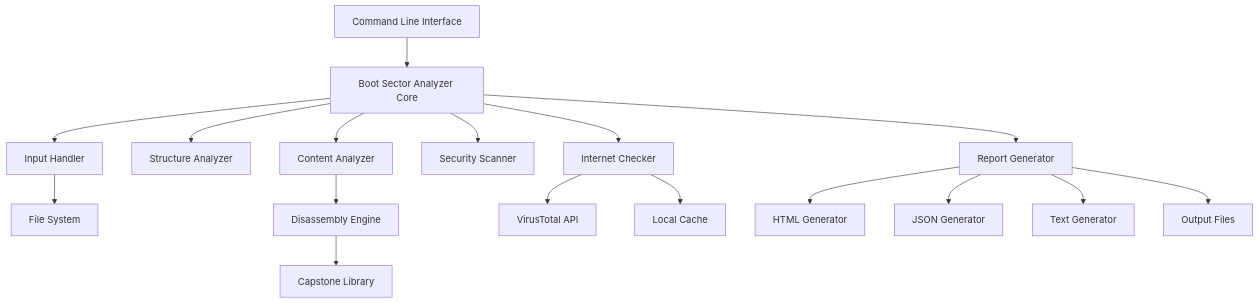
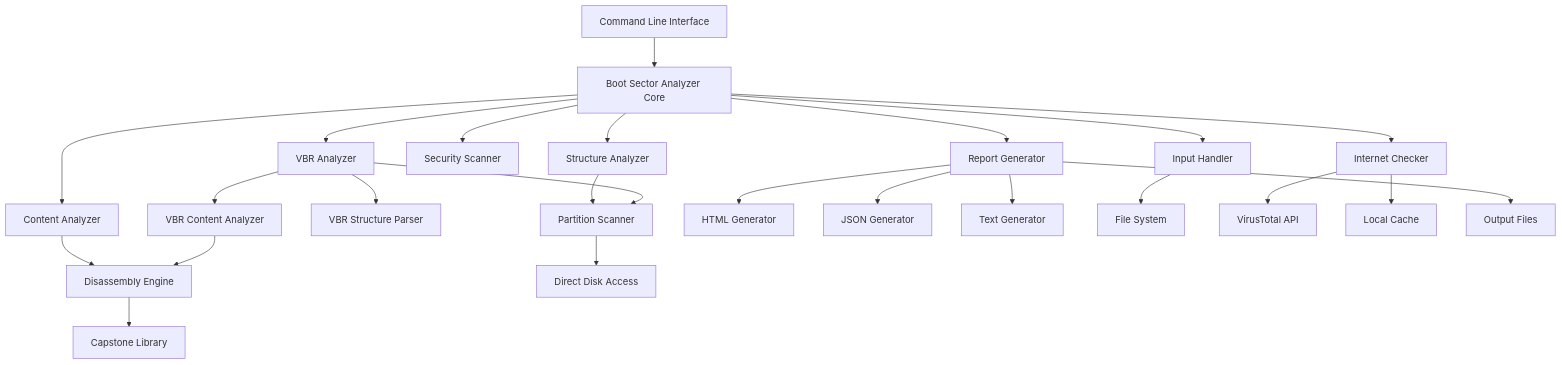
Before and after one commit to surreal70/boot-sector-analyzer: the diagram in .kiro/specs/boot-sector-analyzer/design.md, drawn with Mermaid. The commit also changed other lines of this file and 34 other files, not shown here.

````diff
--- a/.kiro/specs/boot-sector-analyzer/design.md
+++ b/.kiro/specs/boot-sector-analyzer/design.md
@@ -15,21 +15,29 @@
 ```mermaid
 graph TB
     CLI[Command Line Interface] --> Core[Boot Sector Analyzer Core]
     Core --> Input[Input Handler]
     Core --> Structure[Structure Analyzer]
     Core --> Content[Content Analyzer]
     Core --> Security[Security Scanner]
     Core --> Internet[Internet Checker]
     Core --> Report[Report Generator]
+    Core --> VBRAnalyzer[VBR Analyzer]
+    
+    Structure --> PartitionScanner[Partition Scanner]
+    VBRAnalyzer --> PartitionScanner
+    VBRAnalyzer --> VBRStructure[VBR Structure Parser]
+    VBRAnalyzer --> VBRContent[VBR Content Analyzer]
     
     Content --> Disasm[Disassembly Engine]
+    VBRContent --> Disasm
     Report --> HTMLGen[HTML Generator]
     Report --> JSONGen[JSON Generator]
     Report --> TextGen[Text Generator]
     
     Input --> FileSystem[File System]
     Internet --> VirusTotal[VirusTotal API]
     Internet --> Cache[Local Cache]
     Report --> Output[Output Files]
     Disasm --> CapstoneLib[Capstone Library]
+    PartitionScanner --> DiskAccess[Direct Disk Access]
 ```
````
